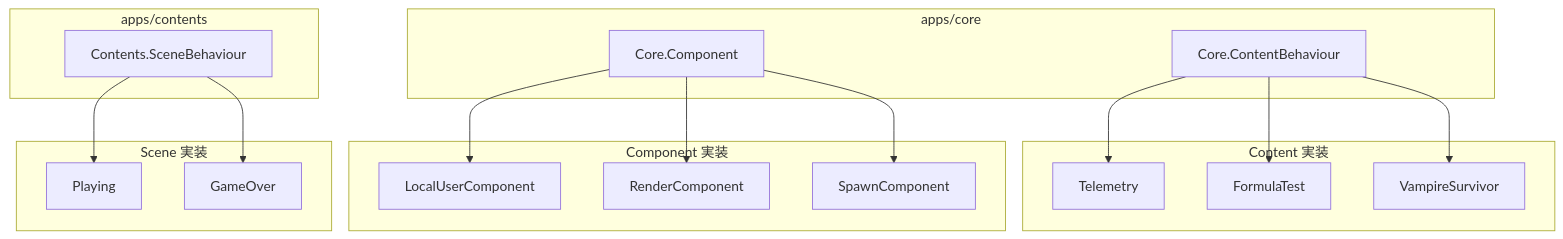
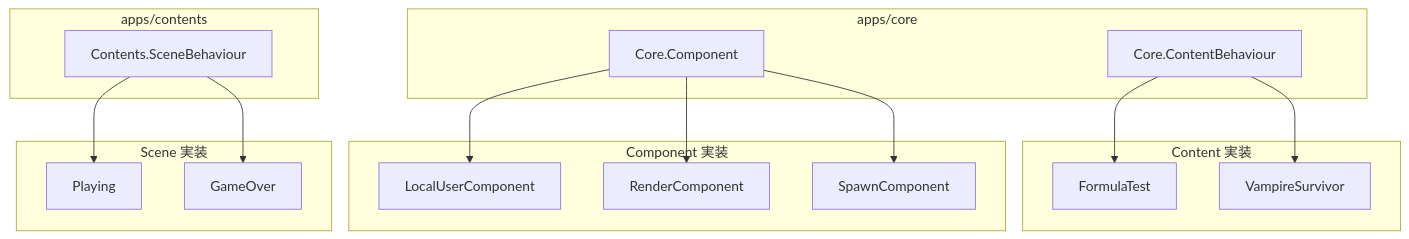
The first of 2 diagrams in docs/architecture/fix_contents.md (FRICK-ELDY/alchemy-engine), drawn with Mermaid before and after one commit. The commit also changed 19 other files, not shown here.

````diff
--- a/docs/architecture/fix_contents.md
+++ b/docs/architecture/fix_contents.md
@@ -157,39 +157,37 @@
 ```mermaid
 flowchart TB
     subgraph core["apps/core"]
         CB[Core.ContentBehaviour]
         CMP[Core.Component]
     end
 
     subgraph contents["apps/contents"]
         SB[Contents.SceneBehaviour]
     end
 
     subgraph impl_content["Content 実装"]
-        T[Telemetry]
         FT[FormulaTest]
         VS[VampireSurvivor]
     end
 
     subgraph impl_comp["Component 実装"]
         LUC[LocalUserComponent]
         RC[RenderComponent]
         SC[SpawnComponent]
     end
 
     subgraph impl_scene["Scene 実装"]
         P[Playing]
         GO[GameOver]
     end
 
-    CB --> T
     CB --> FT
     CB --> VS
 
     CMP --> LUC
     CMP --> RC
     CMP --> SC
 
     SB --> P
     SB --> GO
 ```
````
